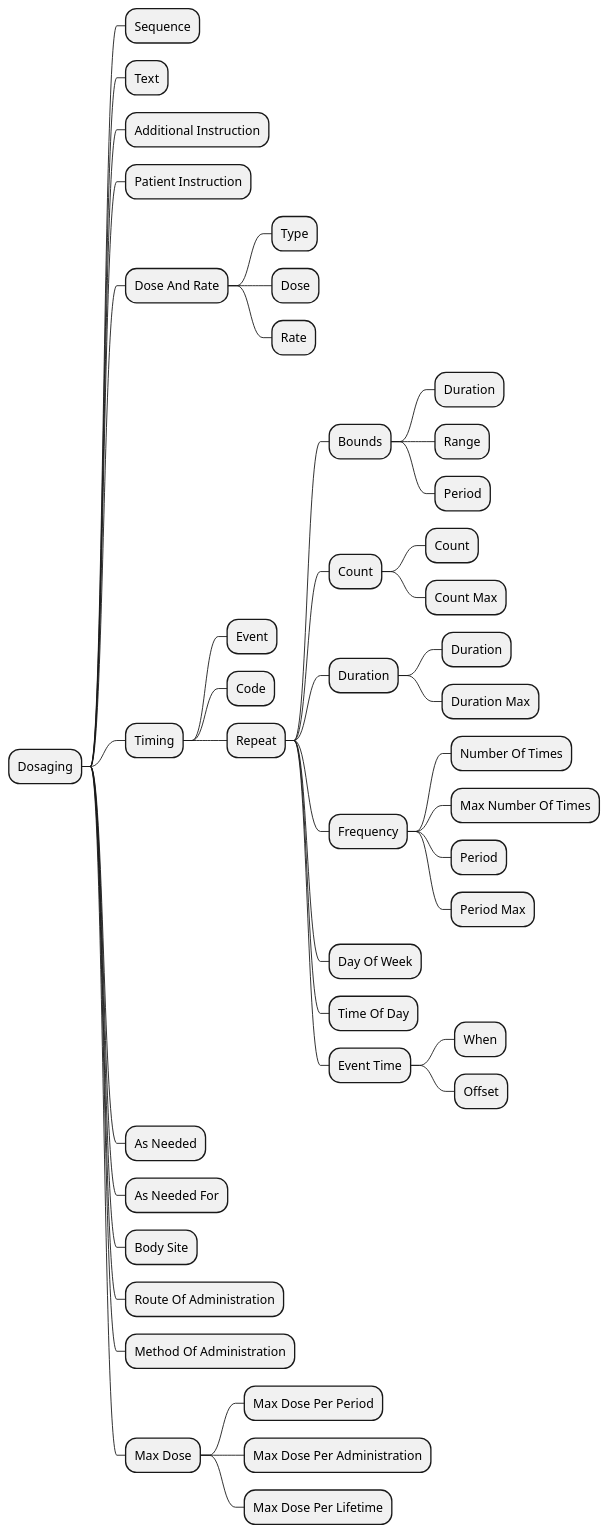
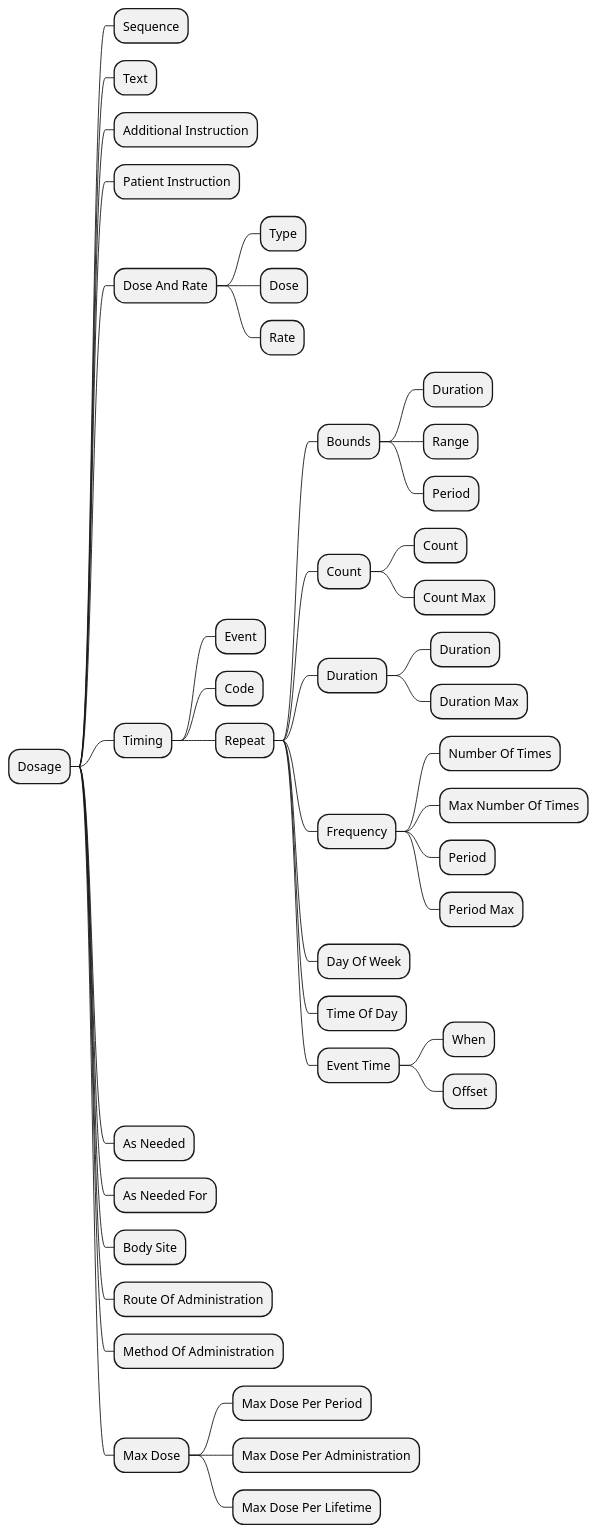
One commit to Xt-EHR/xt-ehr-common changed the diagram in input/images-source/prescription_dosaging_CIM_TC.plantuml. Above: the diagram before and after it, drawn with PlantUML. The commit also changed 12 other files, not shown here.

Commit message:
change dosaging -> dosage

```diff
--- a/input/images-source/prescription_dosaging_CIM_TC.plantuml
+++ b/input/images-source/prescription_dosaging_CIM_TC.plantuml
@@ -1,44 +1,44 @@
 @startmindmap
-* Dosaging
+* Dosage
 ** Sequence
 ** Text
 ** Additional Instruction
 ** Patient Instruction
 ** Dose And Rate
 *** Type
 *** Dose
 *** Rate
 ** Timing
 *** Event
 *** Code
 *** Repeat
 **** Bounds
 ***** Duration
 ***** Range
 ***** Period
 **** Count
 ***** Count
 ***** Count Max
 **** Duration
 ***** Duration
 ***** Duration Max
 **** Frequency
 ***** Number Of Times
 ***** Max Number Of Times
 ***** Period
 ***** Period Max
 **** Day Of Week
 **** Time Of Day
 **** Event Time
 ***** When
 ***** Offset
 ** As Needed
 ** As Needed For
 ** Body Site
 ** Route Of Administration
 ** Method Of Administration
 ** Max Dose
 *** Max Dose Per Period
 *** Max Dose Per Administration
 *** Max Dose Per Lifetime
 @endmindmap
```
